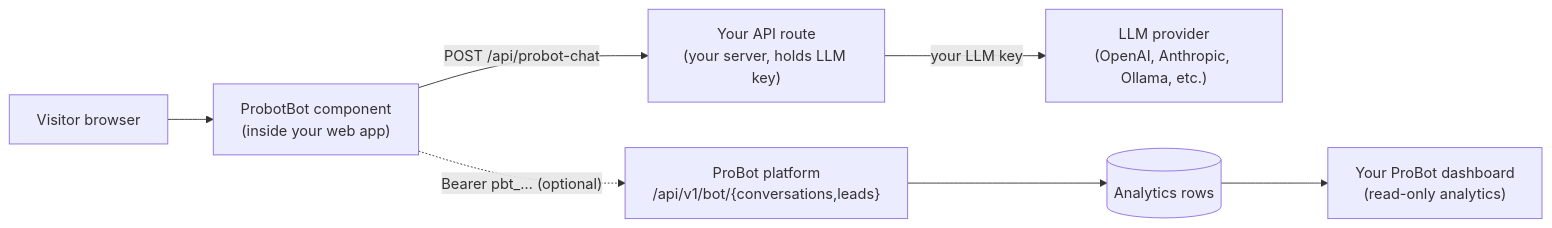
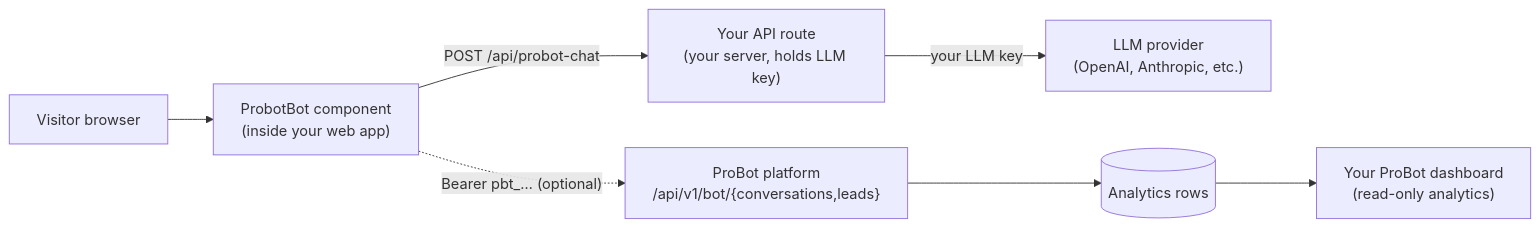
Before and after one commit to VishalPatil18/probot: the diagram in docs/self-hosted-bot/index.mdx, drawn with Mermaid. The commit also changed other lines of this file and 310 other files, not shown here.

````diff
--- a/docs/self-hosted-bot/index.mdx
+++ b/docs/self-hosted-bot/index.mdx
@@ -47,9 +47,9 @@
 ```mermaid
 flowchart LR
     Visitor["Visitor browser"] --> Widget["ProbotBot component<br/>(inside your web app)"]
     Widget -->|"POST /api/probot-chat"| YourApi["Your API route<br/>(your server, holds LLM key)"]
-    YourApi -->|"your LLM key"| LLM["LLM provider<br/>(OpenAI, Anthropic, Ollama, etc.)"]
+    YourApi -->|"your LLM key"| LLM["LLM provider<br/>(OpenAI, Anthropic, etc.)"]
     Widget -.->|"Bearer pbt_… (optional)"| Platform["ProBot platform<br/>/api/v1/bot/{conversations,leads}"]
     Platform --> DB[("Analytics rows")]
     DB --> Dashboard["Your ProBot dashboard<br/>(read-only analytics)"]
 ```
````
